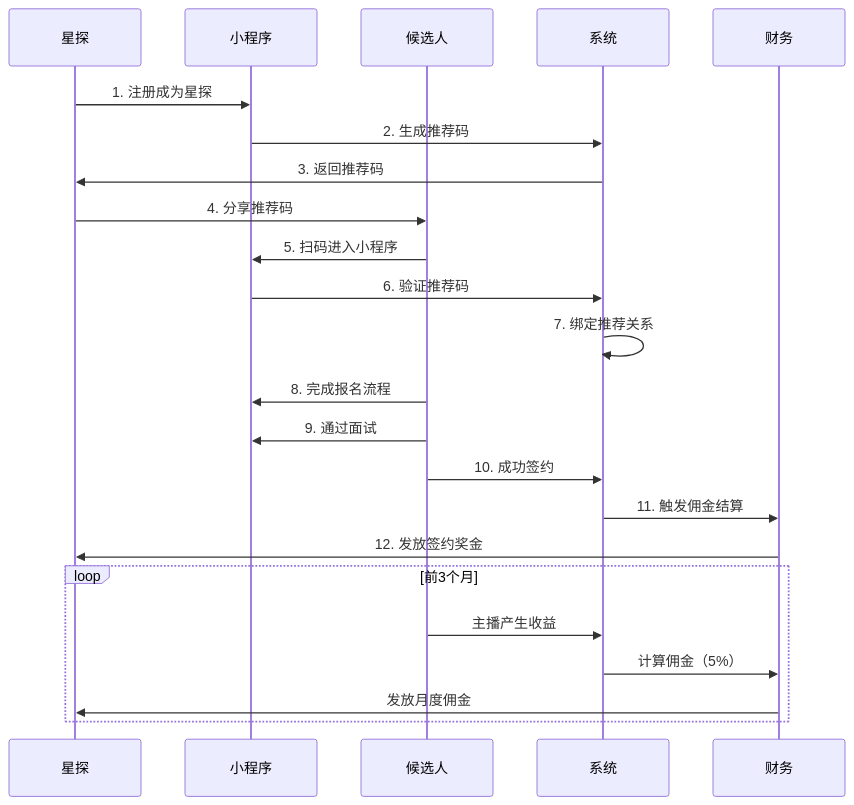
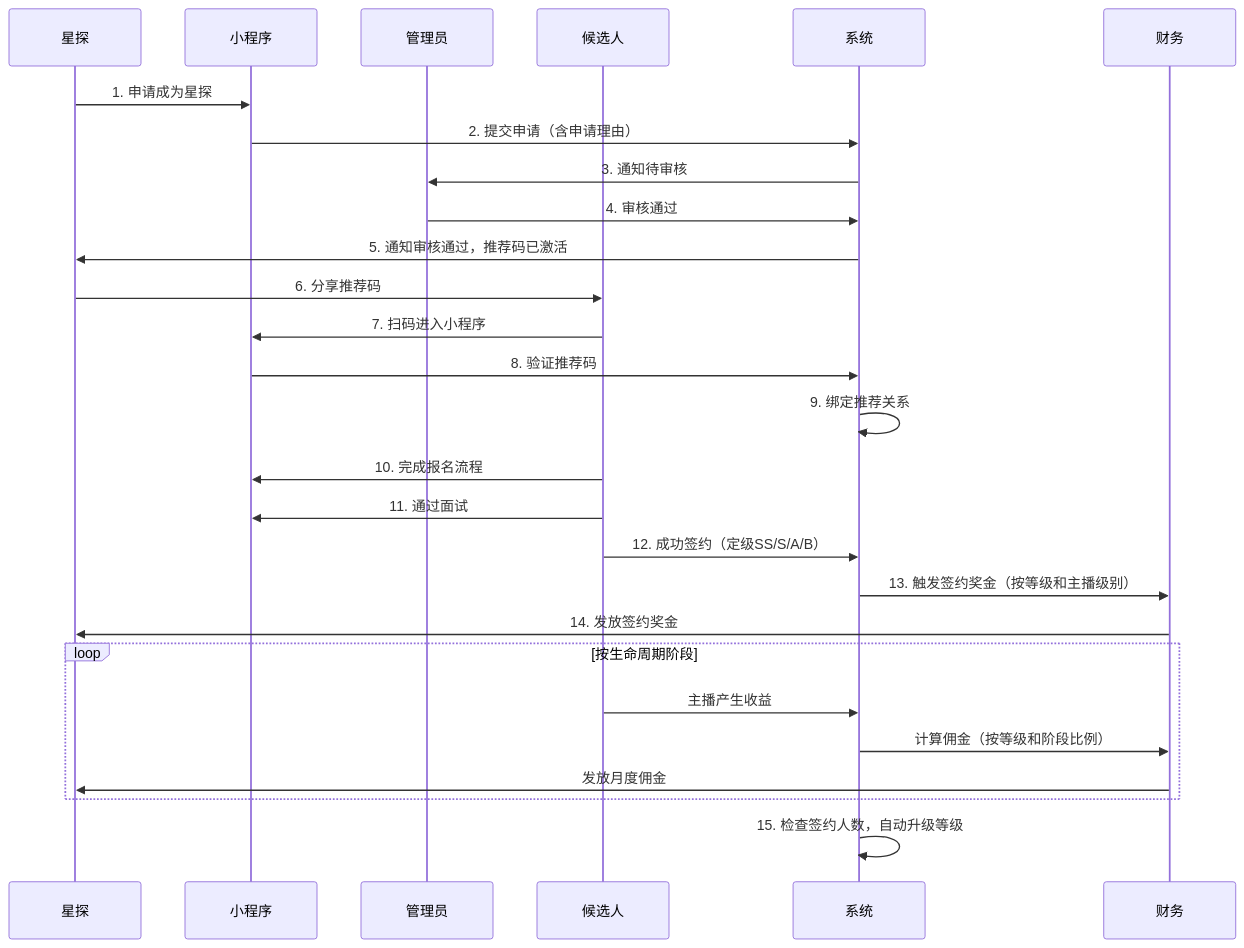
Before and after one commit to chzhh393/aomi-star: the sixth of 20 diagrams in docs/guides/business/workflows/business-processes-overview.md, drawn with Mermaid. The commit also changed other lines of this file and 47 other files, not shown here.

````diff
--- a/docs/guides/business/workflows/business-processes-overview.md
+++ b/docs/guides/business/workflows/business-processes-overview.md
@@ -417,30 +415,36 @@
 ```mermaid
 sequenceDiagram
     participant S as 星探
     participant MP as 小程序
+    participant AD as 管理员
     participant C as 候选人
     participant SYS as 系统
     participant FIN as 财务
-    
-    S->>MP: 1. 注册成为星探
-    MP->>SYS: 2. 生成推荐码
-    SYS->>S: 3. 返回推荐码
-    
-    S->>C: 4. 分享推荐码
-    C->>MP: 5. 扫码进入小程序
-    MP->>SYS: 6. 验证推荐码
-    SYS->>SYS: 7. 绑定推荐关系
-    
-    C->>MP: 8. 完成报名流程
-    C->>MP: 9. 通过面试
-    C->>SYS: 10. 成功签约
-    
-    SYS->>FIN: 11. 触发佣金结算
-    FIN->>S: 12. 发放签约奖金
-    
-    loop 前3个月
+
+    S->>MP: 1. 申请成为星探
+    MP->>SYS: 2. 提交申请（含申请理由）
+    SYS->>AD: 3. 通知待审核
+
+    AD->>SYS: 4. 审核通过
+    SYS->>S: 5. 通知审核通过，推荐码已激活
+
+    S->>C: 6. 分享推荐码
+    C->>MP: 7. 扫码进入小程序
+    MP->>SYS: 8. 验证推荐码
+    SYS->>SYS: 9. 绑定推荐关系
+
+    C->>MP: 10. 完成报名流程
+    C->>MP: 11. 通过面试
+    C->>SYS: 12. 成功签约（定级SS/S/A/B）
+
+    SYS->>FIN: 13. 触发签约奖金（按等级和主播级别）
+    FIN->>S: 14. 发放签约奖金
+
+    loop 按生命周期阶段
         C->>SYS: 主播产生收益
-        SYS->>FIN: 计算佣金（5%）
+        SYS->>FIN: 计算佣金（按等级和阶段比例）
         FIN->>S: 发放月度佣金
     end
+
+    SYS->>SYS: 15. 检查签约人数，自动升级等级
 ```
````
